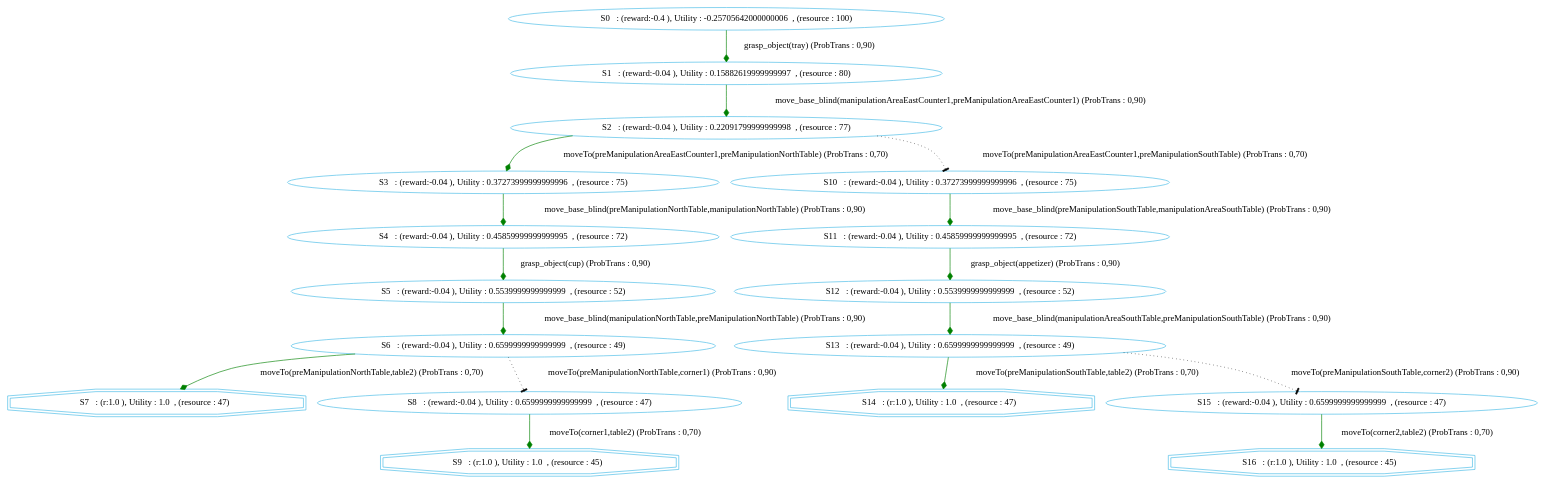
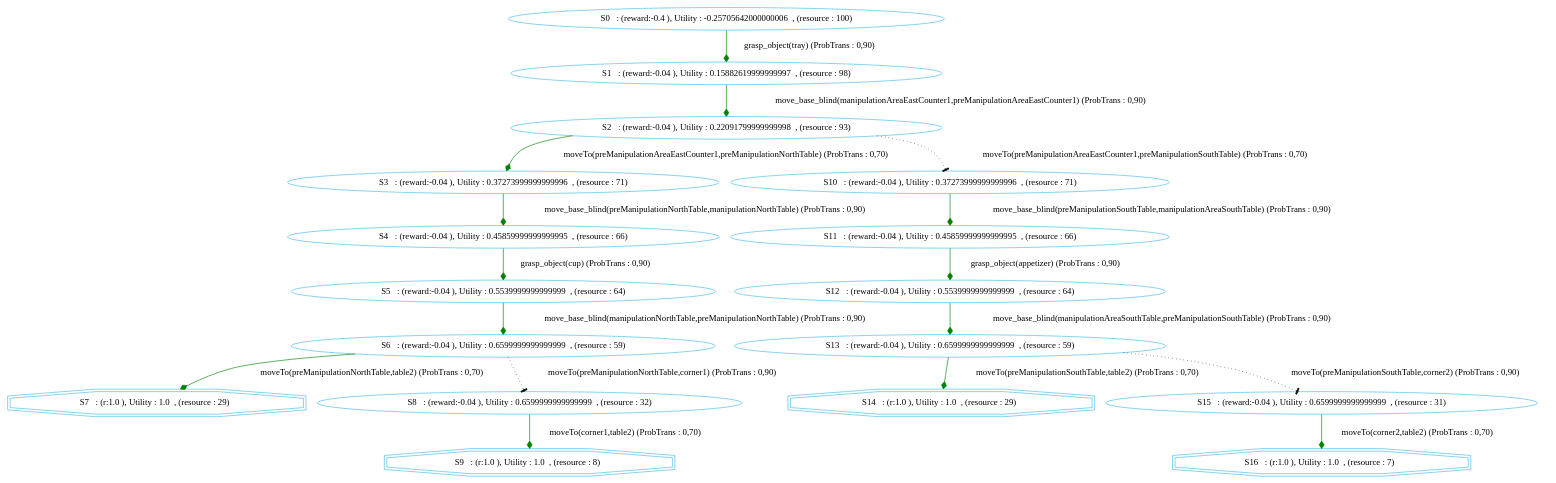
Before and after one commit to htiraHatem/CHIMP_MDP: the diagram in chimp/src/main/java/examples/MDP/RACE/test_SpatialFluent_m_drive_robot.dot, drawn with Graphviz. The commit also changed 6 other files, not shown here.

```diff
--- a/chimp/src/main/java/examples/MDP/RACE/test_SpatialFluent_m_drive_robot.dot
+++ b/chimp/src/main/java/examples/MDP/RACE/test_SpatialFluent_m_drive_robot.dot
@@ -1,24 +1,24 @@
 digraph {
   node [color="#40b9e5" ]
  size="60,17";
-"7" [label=" S7   : (r:1.0 ), Utility : 1.0  , (resource : 47)  " shape=doubleoctagon];
-"9" [label=" S9   : (r:1.0 ), Utility : 1.0  , (resource : 45)  " shape=doubleoctagon];
-"14" [label=" S14   : (r:1.0 ), Utility : 1.0  , (resource : 47)  " shape=doubleoctagon];
-"16" [label=" S16   : (r:1.0 ), Utility : 1.0  , (resource : 45)  " shape=doubleoctagon];
-"0" [label=" S0   : (reward:-0.4 ), Utility : -0.25705642000000006  , (resource : 100) "]"1" [label=" S1   : (reward:-0.04 ), Utility : 0.15882619999999997  , (resource : 80) "]"2" [label=" S2   : (reward:-0.04 ), Utility : 0.22091799999999998  , (resource : 77) "]"3" [label=" S3   : (reward:-0.04 ), Utility : 0.37273999999999996  , (resource : 75) "]"4" [label=" S4   : (reward:-0.04 ), Utility : 0.45859999999999995  , (resource : 72) "]"5" [label=" S5   : (reward:-0.04 ), Utility : 0.5539999999999999  , (resource : 52) "]"6" [label=" S6   : (reward:-0.04 ), Utility : 0.6599999999999999  , (resource : 49) "]"8" [label=" S8   : (reward:-0.04 ), Utility : 0.6599999999999999  , (resource : 47) "]"10" [label=" S10   : (reward:-0.04 ), Utility : 0.37273999999999996  , (resource : 75) "]"11" [label=" S11   : (reward:-0.04 ), Utility : 0.45859999999999995  , (resource : 72) "]"12" [label=" S12   : (reward:-0.04 ), Utility : 0.5539999999999999  , (resource : 52) "]"13" [label=" S13   : (reward:-0.04 ), Utility : 0.6599999999999999  , (resource : 49) "]"15" [label=" S15   : (reward:-0.04 ), Utility : 0.6599999999999999  , (resource : 47) "]"0" -> "1" [ label="grasp_object(tray) (ProbTrans : 0,90)"
+"7" [label=" S7   : (r:1.0 ), Utility : 1.0  , (resource : 29)  " shape=doubleoctagon];
+"9" [label=" S9   : (r:1.0 ), Utility : 1.0  , (resource : 8)  " shape=doubleoctagon];
+"14" [label=" S14   : (r:1.0 ), Utility : 1.0  , (resource : 29)  " shape=doubleoctagon];
+"16" [label=" S16   : (r:1.0 ), Utility : 1.0  , (resource : 7)  " shape=doubleoctagon];
+"0" [label=" S0   : (reward:-0.4 ), Utility : -0.25705642000000006  , (resource : 100) "]"1" [label=" S1   : (reward:-0.04 ), Utility : 0.15882619999999997  , (resource : 98) "]"2" [label=" S2   : (reward:-0.04 ), Utility : 0.22091799999999998  , (resource : 93) "]"3" [label=" S3   : (reward:-0.04 ), Utility : 0.37273999999999996  , (resource : 71) "]"4" [label=" S4   : (reward:-0.04 ), Utility : 0.45859999999999995  , (resource : 66) "]"5" [label=" S5   : (reward:-0.04 ), Utility : 0.5539999999999999  , (resource : 64) "]"6" [label=" S6   : (reward:-0.04 ), Utility : 0.6599999999999999  , (resource : 59) "]"8" [label=" S8   : (reward:-0.04 ), Utility : 0.6599999999999999  , (resource : 32) "]"10" [label=" S10   : (reward:-0.04 ), Utility : 0.37273999999999996  , (resource : 71) "]"11" [label=" S11   : (reward:-0.04 ), Utility : 0.45859999999999995  , (resource : 66) "]"12" [label=" S12   : (reward:-0.04 ), Utility : 0.5539999999999999  , (resource : 64) "]"13" [label=" S13   : (reward:-0.04 ), Utility : 0.6599999999999999  , (resource : 59) "]"15" [label=" S15   : (reward:-0.04 ), Utility : 0.6599999999999999  , (resource : 31) "]"0" -> "1" [ label="grasp_object(tray) (ProbTrans : 0,90)"
 , arrowhead = diamond , color=green];"1" -> "2" [ label="move_base_blind(manipulationAreaEastCounter1,preManipulationAreaEastCounter1) (ProbTrans : 0,90)"
 , arrowhead = diamond , color=green];"2" -> "3" [ label="moveTo(preManipulationAreaEastCounter1,preManipulationNorthTable) (ProbTrans : 0,70)"
 , arrowhead = diamond , color=green];"2" -> "10" [ label="moveTo(preManipulationAreaEastCounter1,preManipulationSouthTable) (ProbTrans : 0,70)"
 ,style=dotted, arrowhead=tee];"3" -> "4" [ label="move_base_blind(preManipulationNorthTable,manipulationNorthTable) (ProbTrans : 0,90)"
 , arrowhead = diamond , color=green];"4" -> "5" [ label="grasp_object(cup) (ProbTrans : 0,90)"
 , arrowhead = diamond , color=green];"5" -> "6" [ label="move_base_blind(manipulationNorthTable,preManipulationNorthTable) (ProbTrans : 0,90)"
 , arrowhead = diamond , color=green];"6" -> "7" [ label="moveTo(preManipulationNorthTable,table2) (ProbTrans : 0,70)"
 , arrowhead = diamond , color=green];"6" -> "8" [ label="moveTo(preManipulationNorthTable,corner1) (ProbTrans : 0,90)"
 ,style=dotted, arrowhead=tee];"8" -> "9" [ label="moveTo(corner1,table2) (ProbTrans : 0,70)"
 , arrowhead = diamond , color=green];"10" -> "11" [ label="move_base_blind(preManipulationSouthTable,manipulationAreaSouthTable) (ProbTrans : 0,90)"
 , arrowhead = diamond , color=green];"11" -> "12" [ label="grasp_object(appetizer) (ProbTrans : 0,90)"
 , arrowhead = diamond , color=green];"12" -> "13" [ label="move_base_blind(manipulationAreaSouthTable,preManipulationSouthTable) (ProbTrans : 0,90)"
 , arrowhead = diamond , color=green];"13" -> "14" [ label="moveTo(preManipulationSouthTable,table2) (ProbTrans : 0,70)"
 , arrowhead = diamond , color=green];"13" -> "15" [ label="moveTo(preManipulationSouthTable,corner2) (ProbTrans : 0,90)"
 ,style=dotted, arrowhead=tee];"15" -> "16" [ label="moveTo(corner2,table2) (ProbTrans : 0,70)"
 , arrowhead = diamond , color=green];}
```
